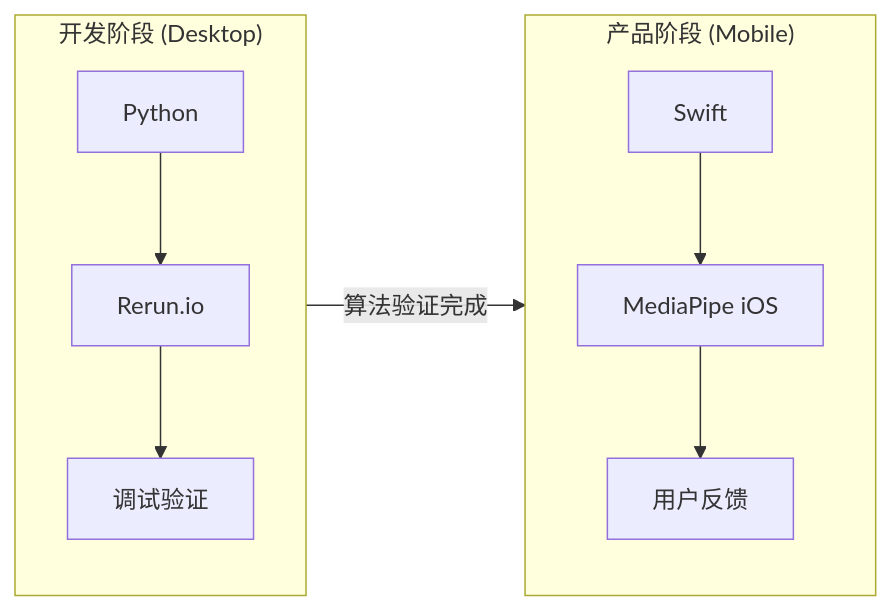
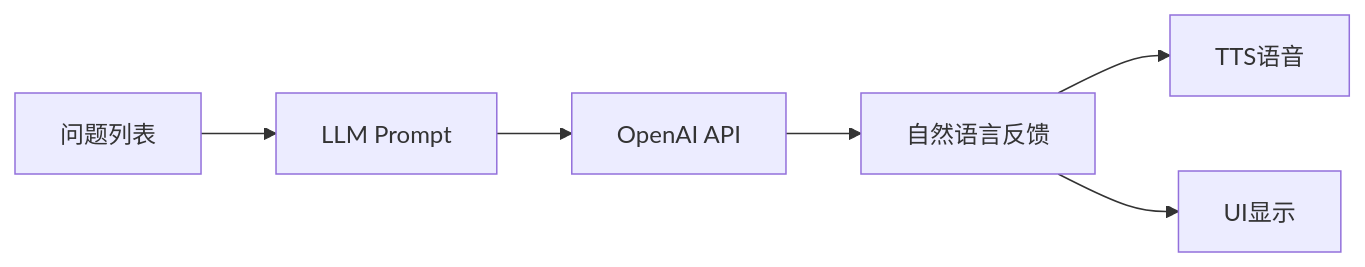
One commit to movement-chain-ai/movement-chain-docs changed the fourth of 4 diagrams in docs/zh/design/architecture/system-design.md. Above: the diagram before and after it, drawn with Mermaid. The commit also changed other lines of this file and 1 other file, not shown here.

````diff
--- a/docs/zh/design/architecture/system-design.md
+++ b/docs/zh/design/architecture/system-design.md
@@ -347,14 +191,8 @@
 ```mermaid
-graph LR
-    subgraph DEV["开发阶段 (Desktop)"]
-        D1[Python] --> D2[Rerun.io]
-        D2 --> D3[调试验证]
-    end
-
-    subgraph PROD["产品阶段 (Mobile)"]
-        P1[Swift] --> P2[MediaPipe iOS]
-        P2 --> P3[用户反馈]
-    end
-
-    DEV --> |"算法验证完成"| PROD
+flowchart LR
+    A[问题列表] --> B[LLM Prompt]
+    B --> C[OpenAI API]
+    C --> D[自然语言反馈]
+    D --> E[TTS语音]
+    D --> F[UI显示]
 ```
````
